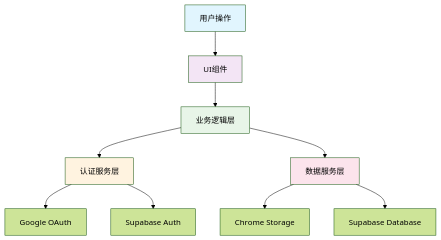
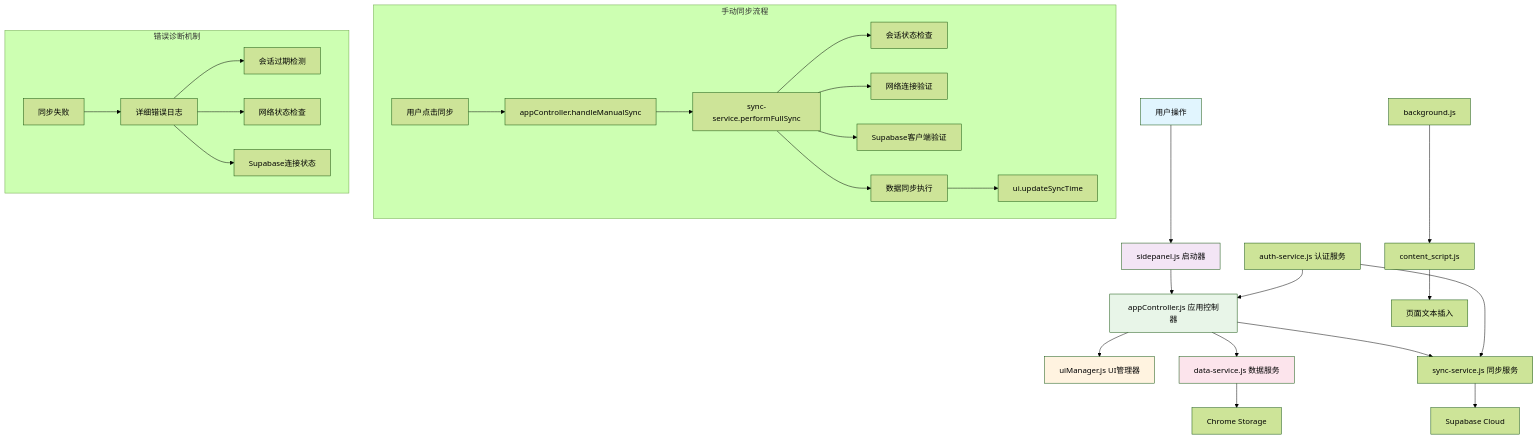
One commit to Wangshixiong/PromptCraft changed the diagram in readme.md. Above: the diagram before and after it, drawn with Mermaid (forest theme). The commit also changed other lines of this file and 17 other files, not shown here.

````diff
--- a/readme.md
+++ b/readme.md
@@ -232,17 +254,37 @@
 ```mermaid
 graph TD
-    A[用户操作] --> B[UI组件]
-    B --> C[业务逻辑层]
-    C --> D[认证服务层]
-    C --> E[数据服务层]
-    D --> F[Google OAuth]
-    D --> G[Supabase Auth]
-    E --> H[Chrome Storage]
-    E --> I[Supabase Database]
+    A[用户操作] --> B[sidepanel.js 启动器]
+    B --> C[appController.js 应用控制器]
+    C --> D[uiManager.js UI管理器]
+    C --> E[data-service.js 数据服务]
+    E --> F[Chrome Storage]
+    C --> G[sync-service.js 同步服务]
+    G --> H[Supabase Cloud]
+    I[auth-service.js 认证服务] --> G
+    I --> C
+    J[background.js] --> K[content_script.js]
+    K --> L[页面文本插入]
+    
+    subgraph "手动同步流程"
+        M[用户点击同步] --> N[appController.handleManualSync]
+        N --> O[sync-service.performFullSync]
+        O --> P[会话状态检查]
+        O --> Q[网络连接验证]
+        O --> R[Supabase客户端验证]
+        O --> S[数据同步执行]
+        S --> T[ui.updateSyncTime]
+    end
+    
+    subgraph "错误诊断机制"
+        U[同步失败] --> V[详细错误日志]
+        V --> W[会话过期检测]
+        V --> X[网络状态检查]
+        V --> Y[Supabase连接状态]
+    end
     
     style A fill:#e1f5fe
     style B fill:#f3e5f5
     style C fill:#e8f5e8
     style D fill:#fff3e0
     style E fill:#fce4ec
 ```
````
